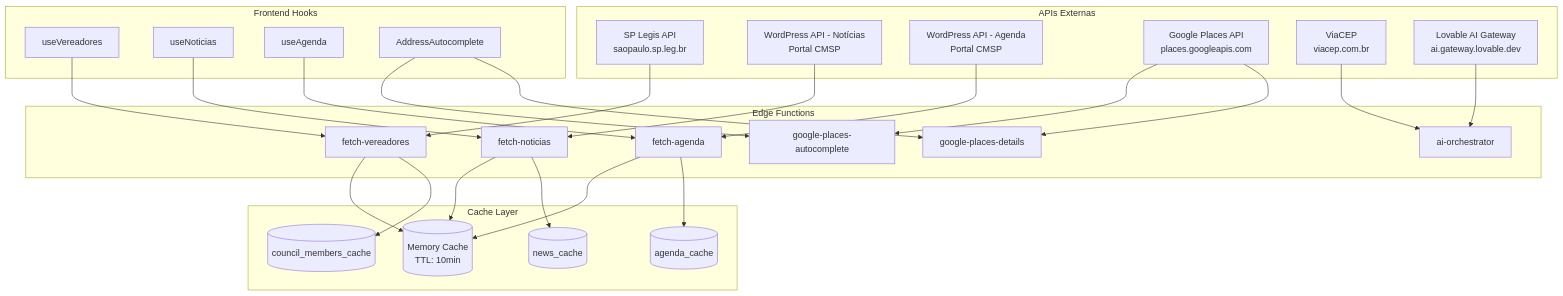
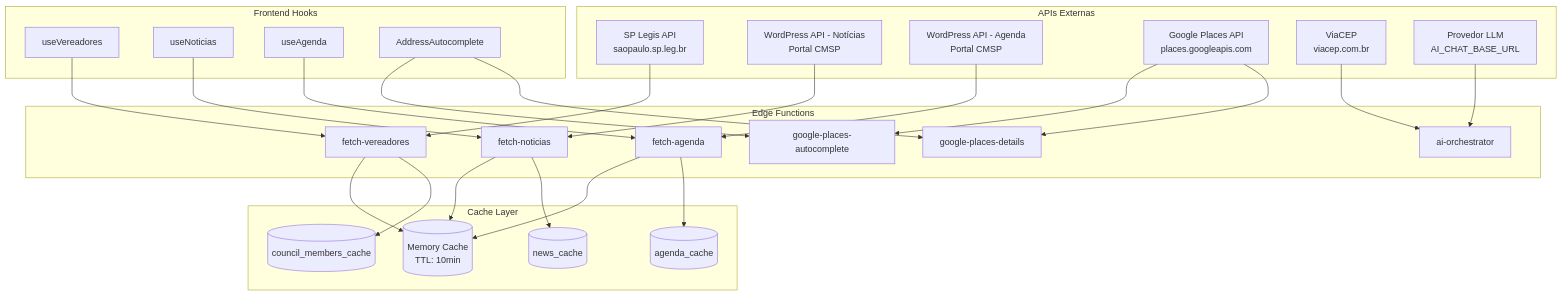
Before and after one commit to MTechnologia/camana-na-mao: the eighth of 21 diagrams in docs/AI_ORCHESTRATOR_SPECIFICATION.md, drawn with Mermaid. The commit also changed other lines of this file and 33 other files, not shown here.

````diff
--- a/docs/AI_ORCHESTRATOR_SPECIFICATION.md
+++ b/docs/AI_ORCHESTRATOR_SPECIFICATION.md
@@ -2646,55 +2646,55 @@
 ```mermaid
 flowchart TB
     subgraph "APIs Externas"
         SPL[SP Legis API<br/>saopaulo.sp.leg.br]
         WPN[WordPress API - Notícias<br/>Portal CMSP]
         WPA[WordPress API - Agenda<br/>Portal CMSP]
         GP[Google Places API<br/>places.googleapis.com]
         VC[ViaCEP<br/>viacep.com.br]
-        LAI[Lovable AI Gateway<br/>ai.gateway.lovable.dev]
+        LAI[Provedor LLM<br/>AI_CHAT_BASE_URL]
     end
     
     subgraph "Edge Functions"
         FV[fetch-vereadores]
         FN[fetch-noticias]
         FA[fetch-agenda]
         GPA[google-places-autocomplete]
         GPD[google-places-details]
         AIO[ai-orchestrator]
     end
     
     subgraph "Cache Layer"
         MC[(Memory Cache<br/>TTL: 10min)]
         CMC[(council_members_cache)]
         NC[(news_cache)]
         AC[(agenda_cache)]
     end
     
     subgraph "Frontend Hooks"
         UV[useVereadores]
         UN[useNoticias]
         UA[useAgenda]
         AAC[AddressAutocomplete]
     end
     
     SPL --> FV
     WPN --> FN
     WPA --> FA
     GP --> GPA
     GP --> GPD
     LAI --> AIO
     VC --> AIO
     
     FV --> MC
     FV --> CMC
     FN --> MC
     FN --> NC
     FA --> MC
     FA --> AC
     
     UV --> FV
     UN --> FN
     UA --> FA
     AAC --> GPA
     AAC --> GPD
 ```
````
